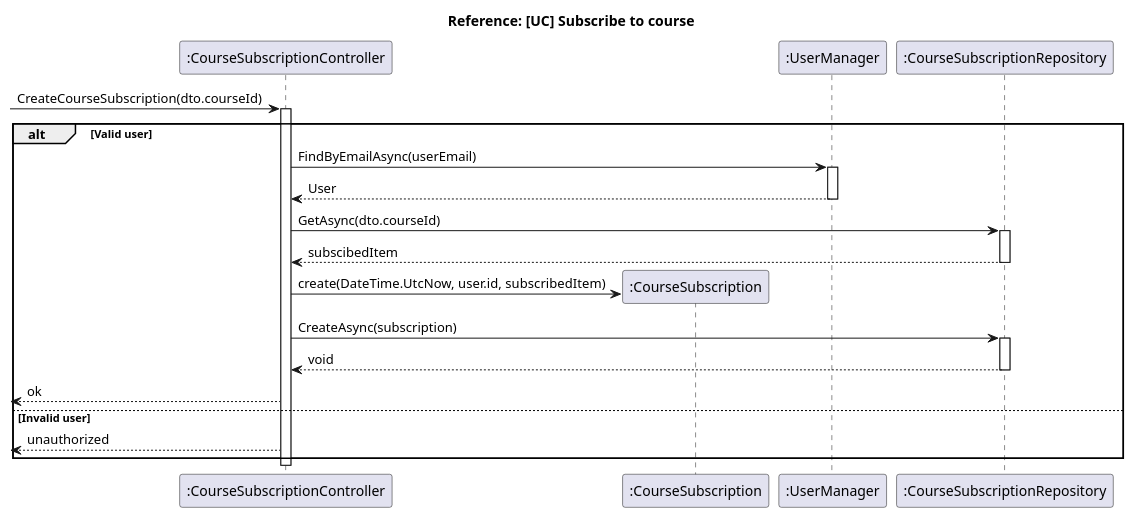
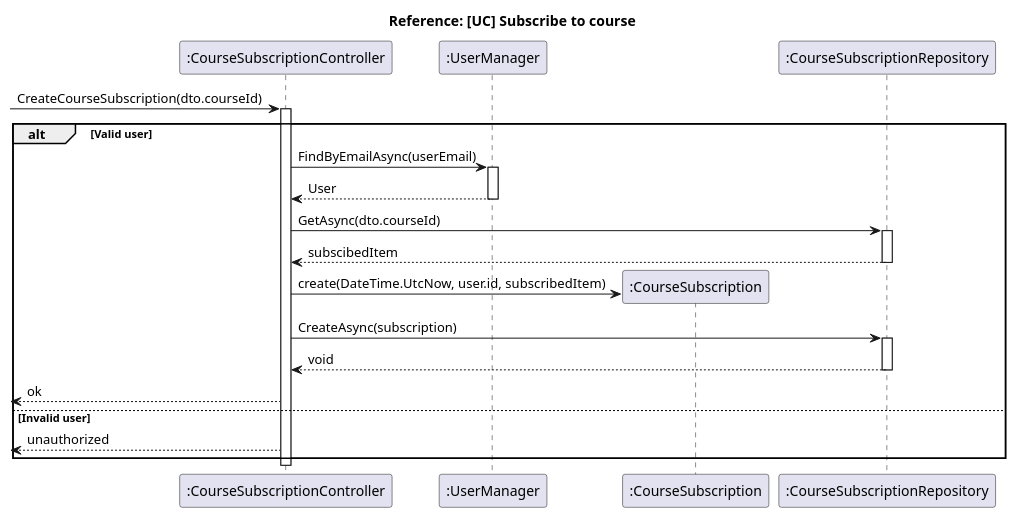
One commit to Singh-Kiran-P/StuNet changed the diagram in Diagrams/Sequence_Diagrams/subscribe_course.puml. Above: the diagram before and after it, drawn with PlantUML. The commit also changed other lines of this file and 6 other files, not shown here.

Commit message:
docs: Move participants in /Sequence_Diagrams

```diff
--- a/Diagrams/Sequence_Diagrams/subscribe_course.puml
+++ b/Diagrams/Sequence_Diagrams/subscribe_course.puml
@@ -1,39 +1,39 @@
 @startuml Subscribe course
 
 title Reference: [UC] Subscribe to course
 
 participant ":CourseSubscriptionController" as controller
+participant ":UserManager" as userManager
 participant ":CourseSubscription" as subscription
-participant ":UserManager" as userManager
 participant ":CourseSubscriptionRepository" as courseSubsciptionRepository
 
 -> controller: CreateCourseSubscription(dto.courseId)
 activate controller
 
 alt Valid user
     controller -> userManager: FindByEmailAsync(userEmail)
     activate userManager
     controller <-- userManager: User
     ' TO-ASK: User|null of gewoon User?
     deactivate userManager
 
     controller -> courseSubsciptionRepository: GetAsync(dto.courseId)
     activate courseSubsciptionRepository
     courseSubsciptionRepository --> controller: subscibedItem
     deactivate courseSubsciptionRepository
     
     controller -> subscription **: create(DateTime.UtcNow, user.id, subscribedItem)
 
     controller -> courseSubsciptionRepository: CreateAsync(subscription)
     activate courseSubsciptionRepository
     courseSubsciptionRepository --> controller: void
     deactivate courseSubsciptionRepository
 
     <-- controller: ok
 else Invalid user
     <-- controller: unauthorized
 end
 
 deactivate controller
 
 @enduml
```
